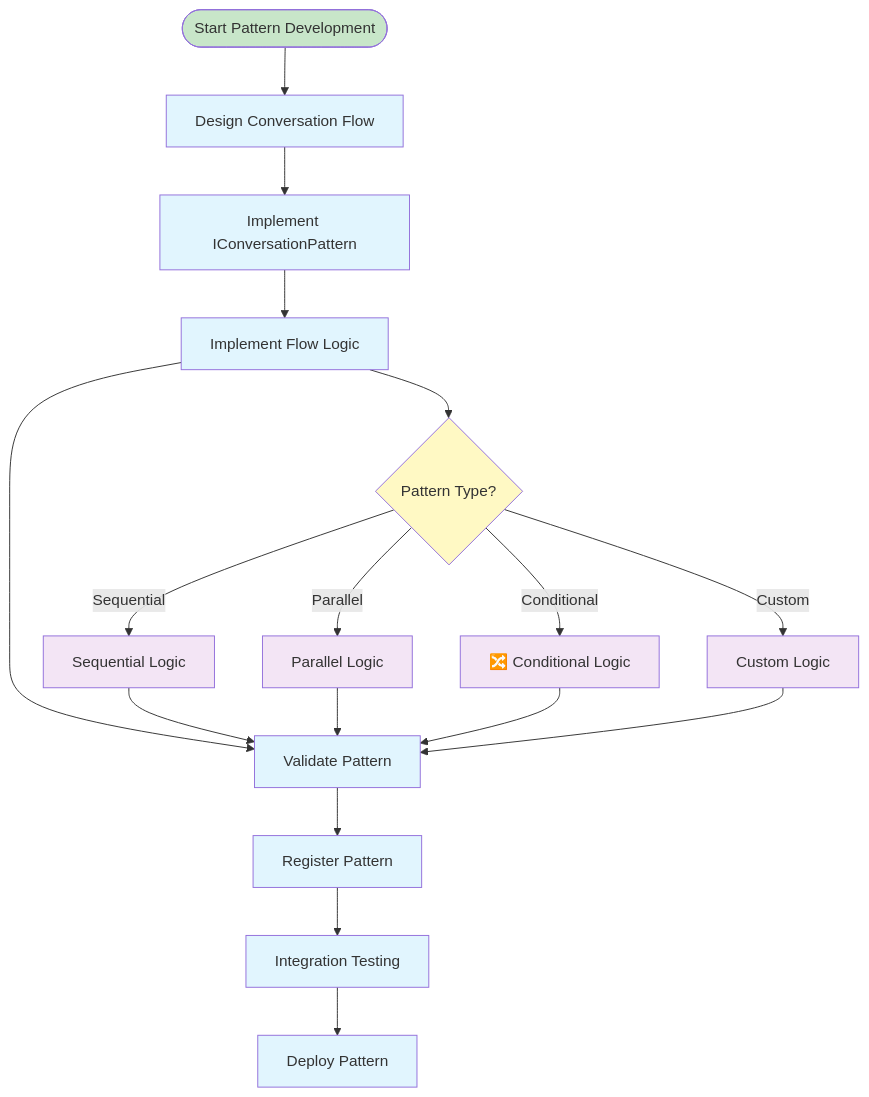
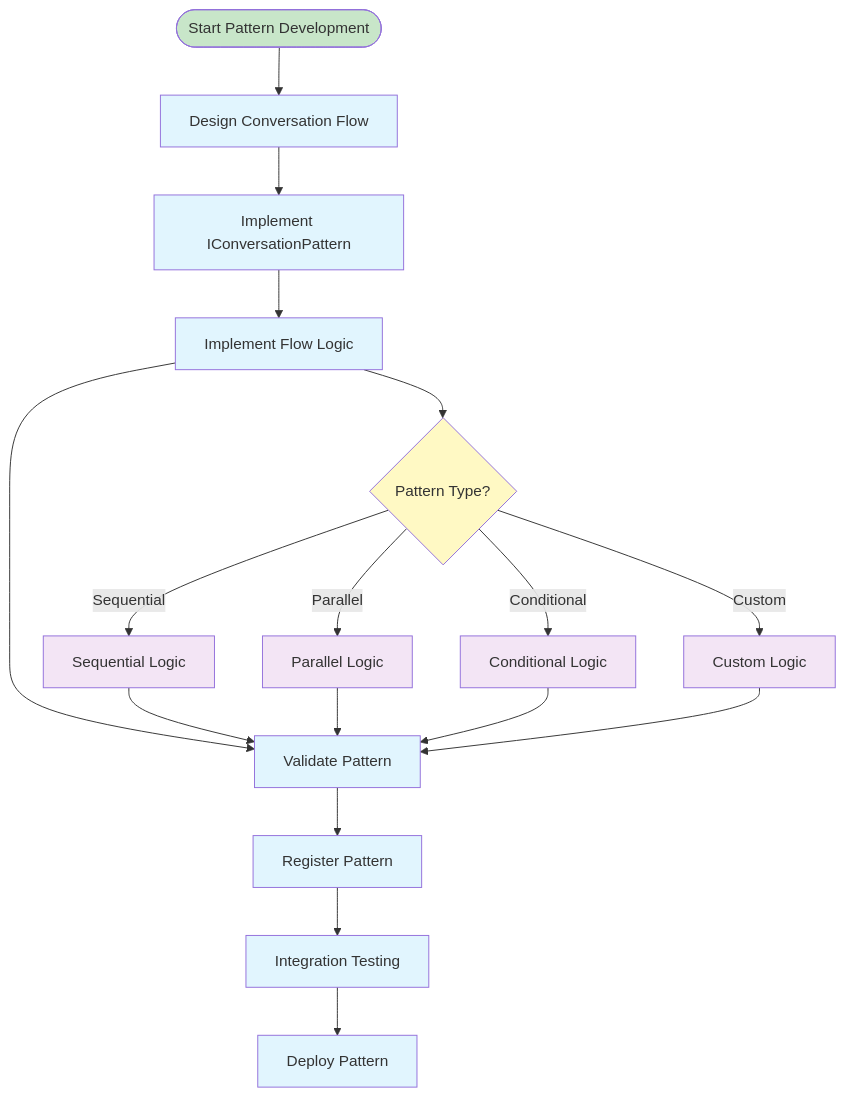
Before and after one commit to the-ingenious-dark-knight/Insight_Ingenious: the sixth of 11 diagrams in docs/development/README.md, drawn with Mermaid. The commit also changed other lines of this file and 17 other files, not shown here.

````diff
--- a/docs/development/README.md
+++ b/docs/development/README.md
@@ -466,31 +466,31 @@
 ```mermaid
 flowchart TD
     START([ Start Pattern Development]) --> DESIGN[ Design Conversation Flow]
     DESIGN --> INTERFACE[ Implement IConversationPattern]
     INTERFACE --> LOGIC[ Implement Flow Logic]
     LOGIC --> VALIDATE[ Validate Pattern]
     VALIDATE --> REGISTER[ Register Pattern]
     REGISTER --> TEST[ Integration Testing]
     TEST --> DEPLOY[ Deploy Pattern]
 
     LOGIC --> SEQUENTIAL{Pattern Type?}
     SEQUENTIAL -->|Sequential| SEQ_LOGIC[ Sequential Logic]
     SEQUENTIAL -->|Parallel| PAR_LOGIC[ Parallel Logic]
-    SEQUENTIAL -->|Conditional| COND_LOGIC[🔀 Conditional Logic]
+    SEQUENTIAL -->|Conditional| COND_LOGIC[Conditional Logic]
     SEQUENTIAL -->|Custom| CUSTOM_LOGIC[ Custom Logic]
 
     SEQ_LOGIC --> VALIDATE
     PAR_LOGIC --> VALIDATE
     COND_LOGIC --> VALIDATE
     CUSTOM_LOGIC --> VALIDATE
 
     classDef start fill:#c8e6c9
     classDef process fill:#e1f5fe
     classDef decision fill:#fff9c4
     classDef pattern fill:#f3e5f5
 
     class START start
     class DESIGN,INTERFACE,LOGIC,VALIDATE,REGISTER,TEST,DEPLOY process
     class SEQUENTIAL decision
     class SEQ_LOGIC,PAR_LOGIC,COND_LOGIC,CUSTOM_LOGIC pattern
 ```
````
